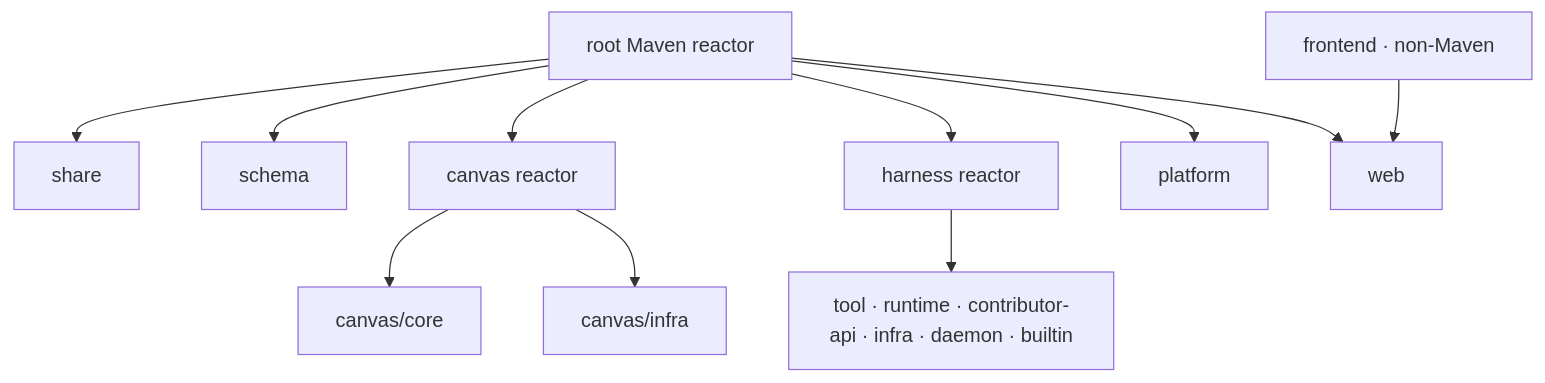
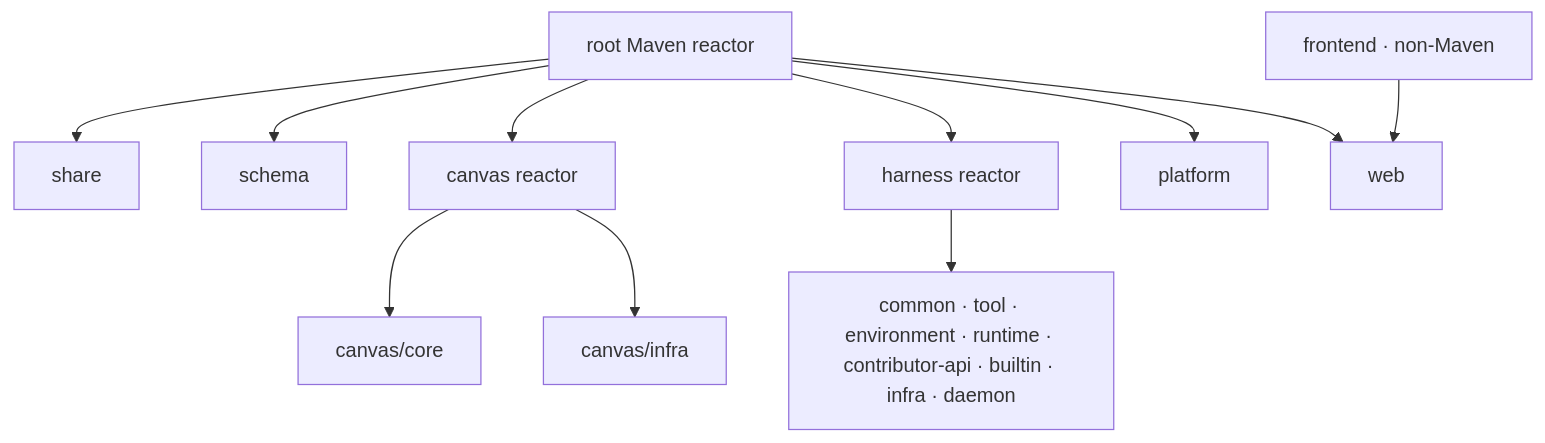
The diagram in README.md (fengwk/kk-studio), drawn with Mermaid before and after one commit. The commit also changed other lines of this file and 39 other files, not shown here.

Commit message:
refactor: unify runtime tool catalog

````diff
--- a/README.md
+++ b/README.md
@@ -12,14 +13,14 @@
 ```mermaid
 flowchart TD
   Root["root Maven reactor"]
   Root --> share
   Root --> schema
   Root --> canvas["canvas reactor"]
   Root --> harness["harness reactor"]
   Root --> platform
   Root --> web
   canvas --> canvasCore["canvas/core"]
   canvas --> canvasInfra["canvas/infra"]
-  harness --> harnessLeaves["tool · runtime · contributor-api · infra · daemon · builtin"]
+  harness --> harnessLeaves["common · tool · environment · runtime · contributor-api · builtin · infra · daemon"]
   Frontend["frontend · non-Maven"] --> web
 ```
````
